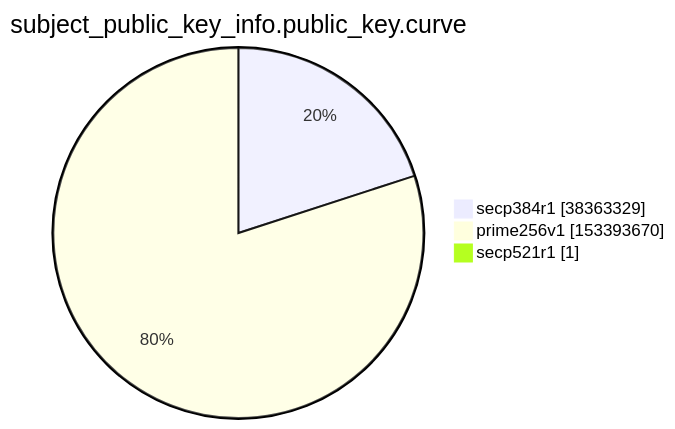
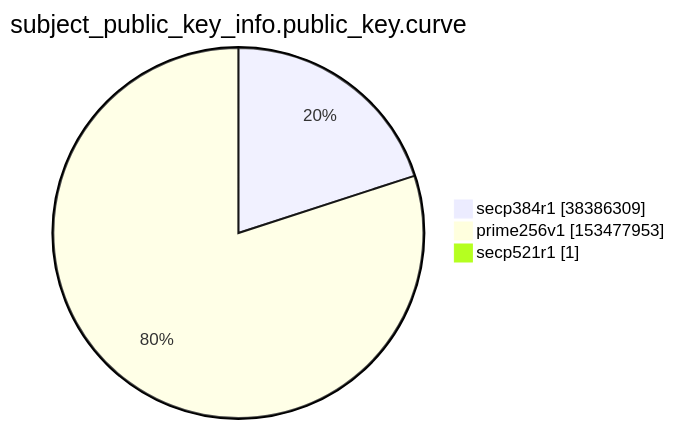
Before and after one commit to christiankrug/ctmonitor_visualization: the ninth of 15 diagrams in xenon2022/README.md, drawn with Mermaid. The commit also changed other lines of this file, not shown here.

````diff
--- a/xenon2022/README.md
+++ b/xenon2022/README.md
@@ -2862,7 +2863,7 @@
 ```mermaid
 pie showData
 title subject_public_key_info.public_key.curve
-"secp384r1" :38363329
-"prime256v1" :153393670
+"secp384r1" :38386309
+"prime256v1" :153477953
 "secp521r1" :1
 ```
````
